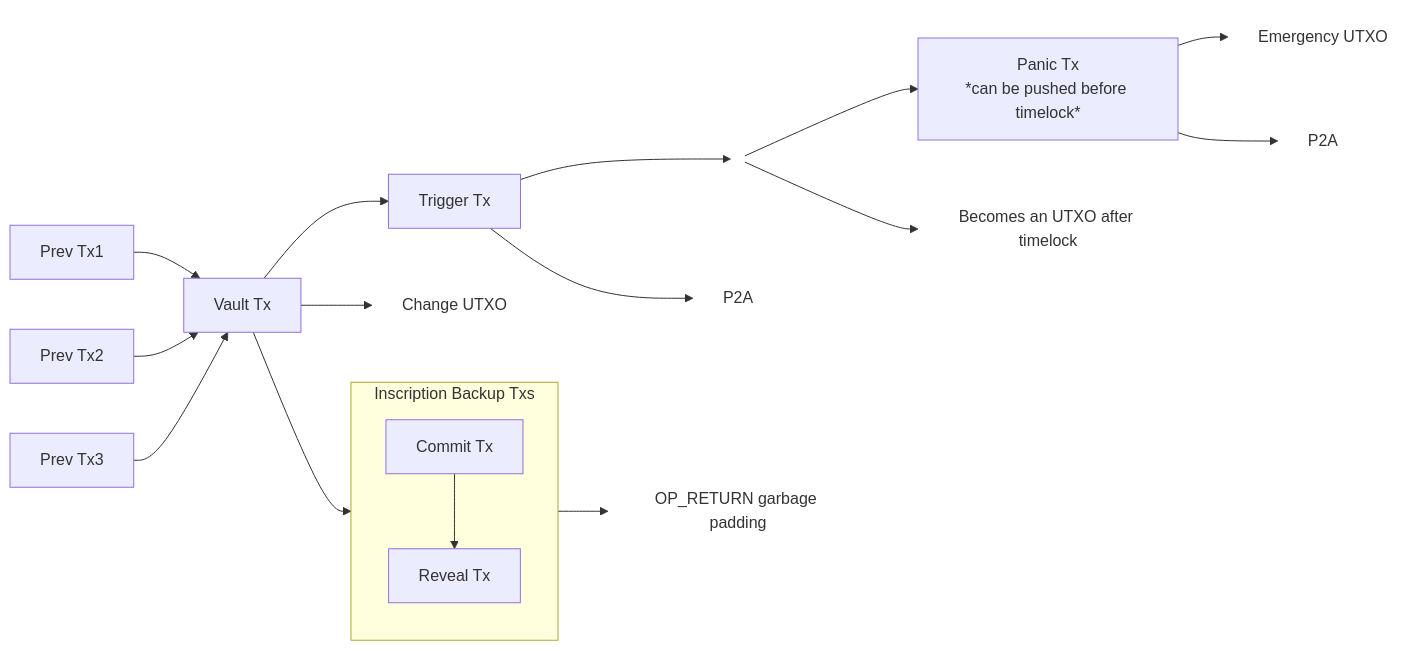
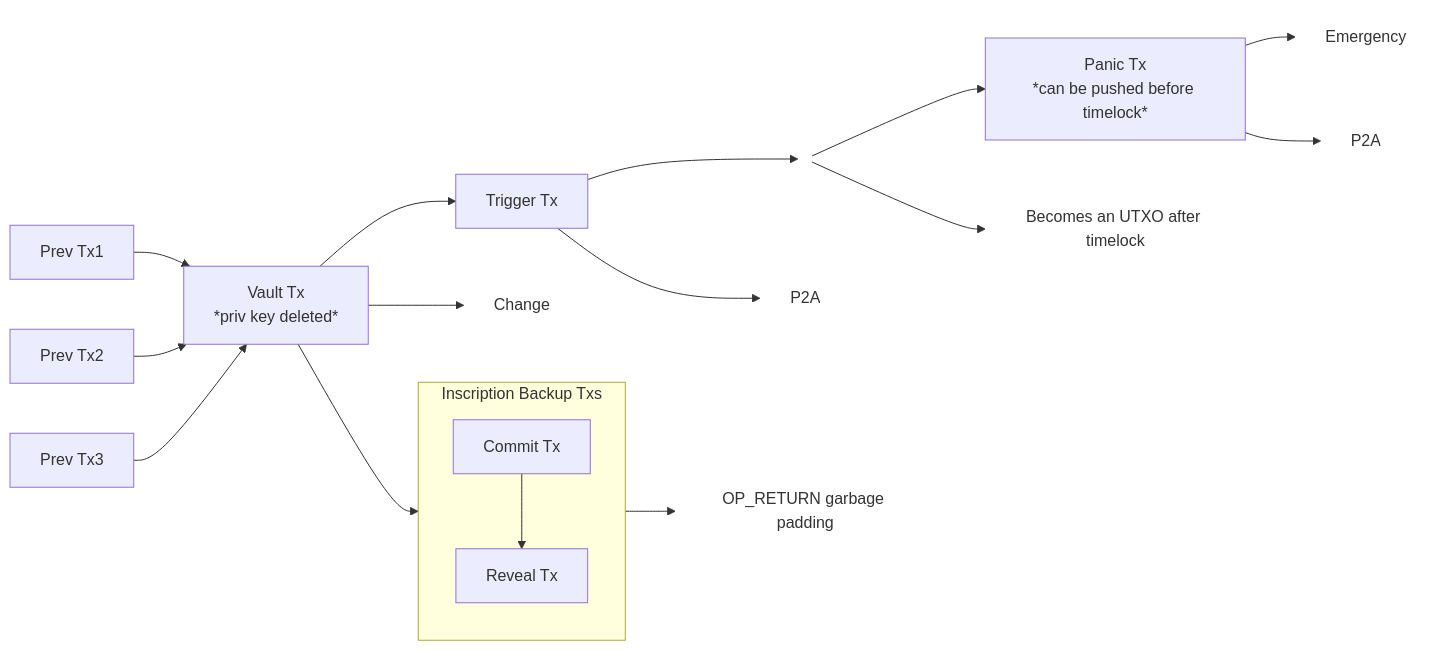
One commit to bitcoinerlab/playground changed the second of 2 diagrams in descriptors/rewind2/README.md. Above: the diagram before and after it, drawn with Mermaid. The commit also changed other lines of this file, not shown here.

Commit message:
docs: adjust diagrams

````diff
--- a/descriptors/rewind2/README.md
+++ b/descriptors/rewind2/README.md
@@ -172,53 +172,53 @@
 ```mermaid
 flowchart LR
     U1[Prev Tx1]
     U2[Prev Tx2]
     U3[Prev Tx3]
 
-    V[Vault Tx]
+    V[Vault Tx<br/>*priv key deleted*]
     subgraph BackupTxs[Inscription Backup Txs]
         direction TB
         Cmt[Commit Tx]
         Rev[Reveal Tx]
     end
 
     T[Trigger Tx]
-    C[Change UTXO]
+    C[Change]
 
     %% Fork node
     F(( ))
     style F fill:transparent,stroke:transparent
 
     %% UTXO N as borderless box
     UTXON[Becomes an UTXO after timelock]
     style UTXON fill:transparent,stroke:transparent
 
     %% Inputs
     U1 --> V
     U2 --> V
     U3 --> V
 
     %% Vault outputs
     V --> Cmt
     Cmt --> Rev
     Rev --> O_R[OP_RETURN garbage padding]
     style O_R fill:transparent,stroke:transparent
     V --> T
     V --> C
     style C fill:transparent,stroke:transparent
 
     %% Trigger Tx outputs
     T --> F
     T --> A_T[P2A]
     style A_T fill:transparent,stroke:transparent
 
     %% Forked outputs
     F --> P[Panic Tx<br/>*can be pushed before timelock*]
     F --> UTXON
 
     %% Panic Tx outputs
-    P --> E[Emergency UTXO]
+    P --> E[Emergency]
     style E fill:transparent,stroke:transparent
     P --> A_P[P2A]
     style A_P fill:transparent,stroke:transparent
 ```
````
